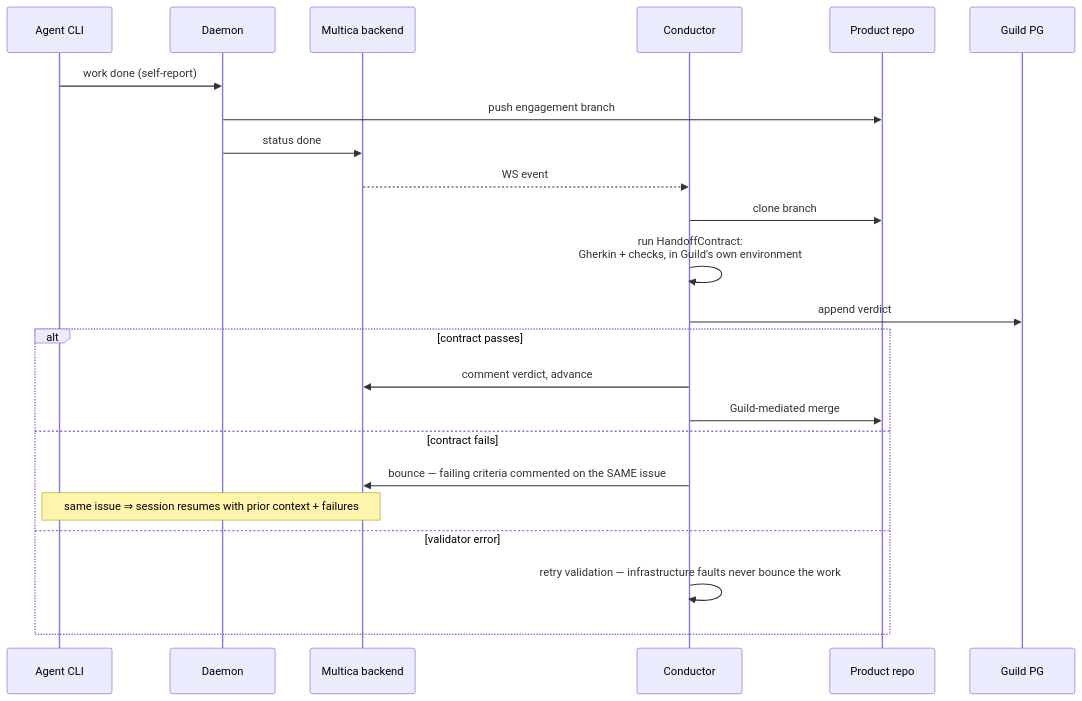
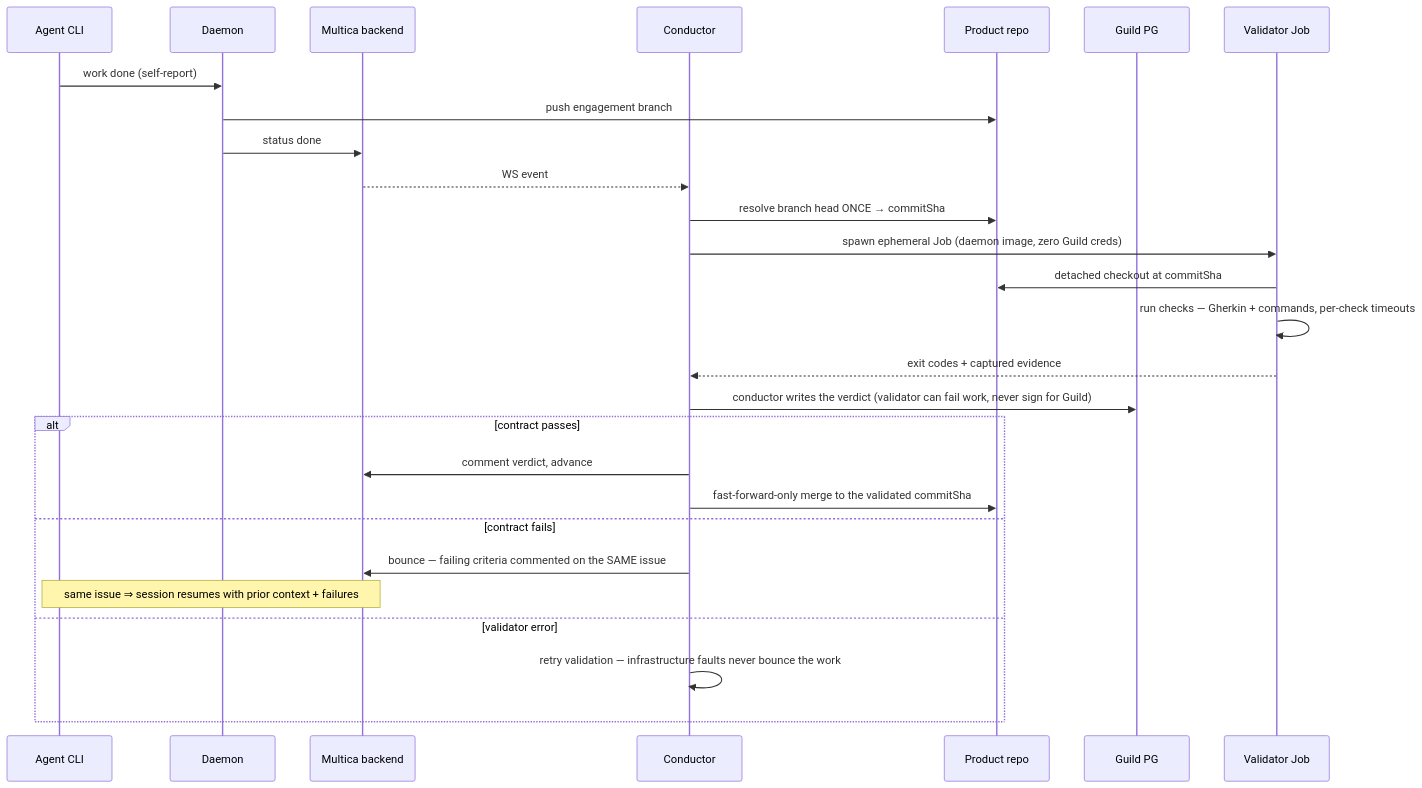
One commit to maacarbo/guild changed the seventh of 8 diagrams in docs/OVERVIEW.md. Above: the diagram before and after it, drawn with Mermaid. The commit also changed other lines of this file and 11 other files, not shown here.

````diff
--- a/docs/OVERVIEW.md
+++ b/docs/OVERVIEW.md
@@ -181,25 +185,29 @@
 ```mermaid
 sequenceDiagram
     participant CLIs as Agent CLI
     participant DM as Daemon
     participant BE as Multica backend
     participant C as Conductor
     participant R as Product repo
     participant G as Guild PG
+    participant V as Validator Job
     CLIs->>DM: work done (self-report)
     DM->>R: push engagement branch
     DM->>BE: status done
     BE-->>C: WS event
-    C->>R: clone branch
-    C->>C: run HandoffContract:<br/>Gherkin + checks, in Guild's own environment
-    C->>G: append verdict
+    C->>R: resolve branch head ONCE → commitSha
+    C->>V: spawn ephemeral Job (daemon image, zero Guild creds)
+    V->>R: detached checkout at commitSha
+    V->>V: run checks — Gherkin + commands, per-check timeouts
+    V-->>C: exit codes + captured evidence
+    C->>G: conductor writes the verdict (validator can fail work, never sign for Guild)
     alt contract passes
         C->>BE: comment verdict, advance
-        C->>R: Guild-mediated merge
+        C->>R: fast-forward-only merge to the validated commitSha
     else contract fails
         C->>BE: bounce — failing criteria commented on the SAME issue
         Note over BE,CLIs: same issue ⇒ session resumes with prior context + failures
     else validator error
         C->>C: retry validation — infrastructure faults never bounce the work
     end
 ```
````
